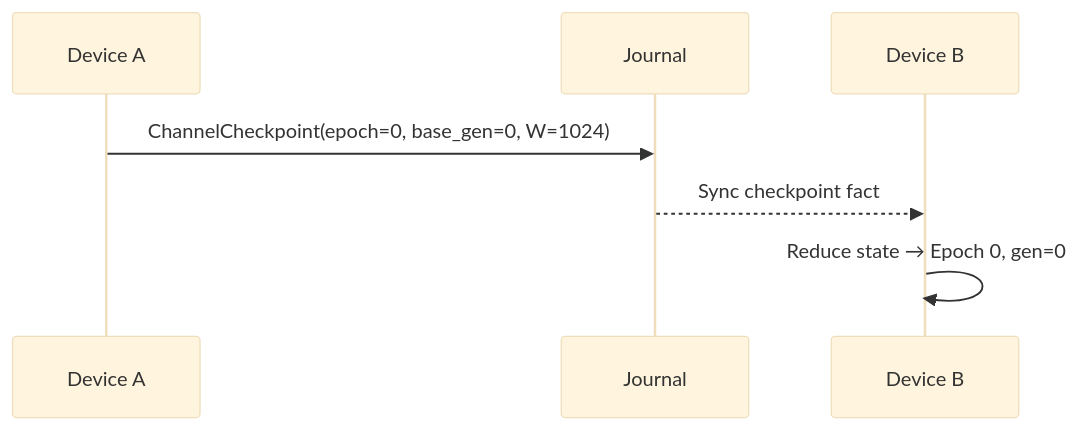
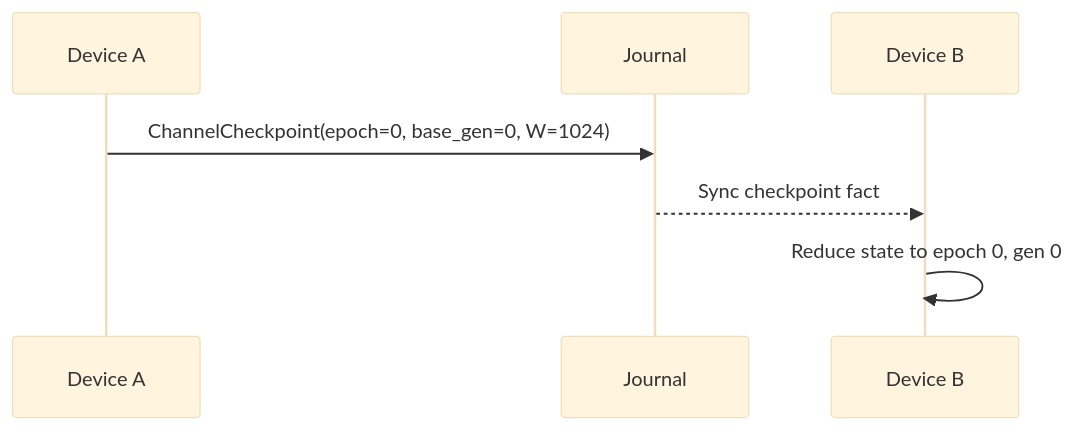
The first of 5 diagrams in docs/112_amp.md (hxrts/aura), drawn with Mermaid (base theme) before and after one commit. The commit also changed other lines of this file and 13 other files, not shown here.

Commit message:
docs: update amp and adaptive privacy architecture

````diff
--- a/docs/112_amp.md
+++ b/docs/112_amp.md
@@ -253,9 +339,9 @@
 ```mermaid
 sequenceDiagram
     participant A as Device A
     participant J as Journal
     participant B as Device B
     A->>J: ChannelCheckpoint(epoch=0, base_gen=0, W=1024)
     J-->>B: Sync checkpoint fact
-    B->>B: Reduce state → Epoch 0, gen=0
+    B->>B: Reduce state to epoch 0, gen 0
 ```
````
